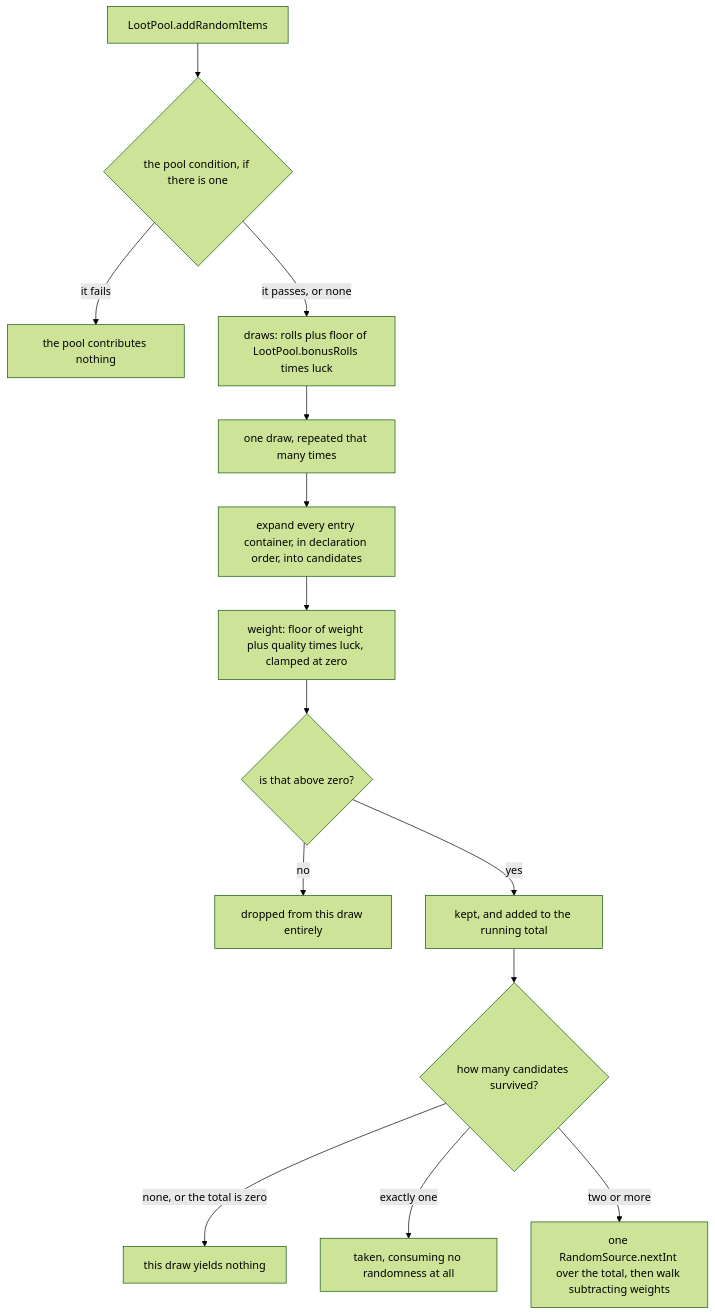
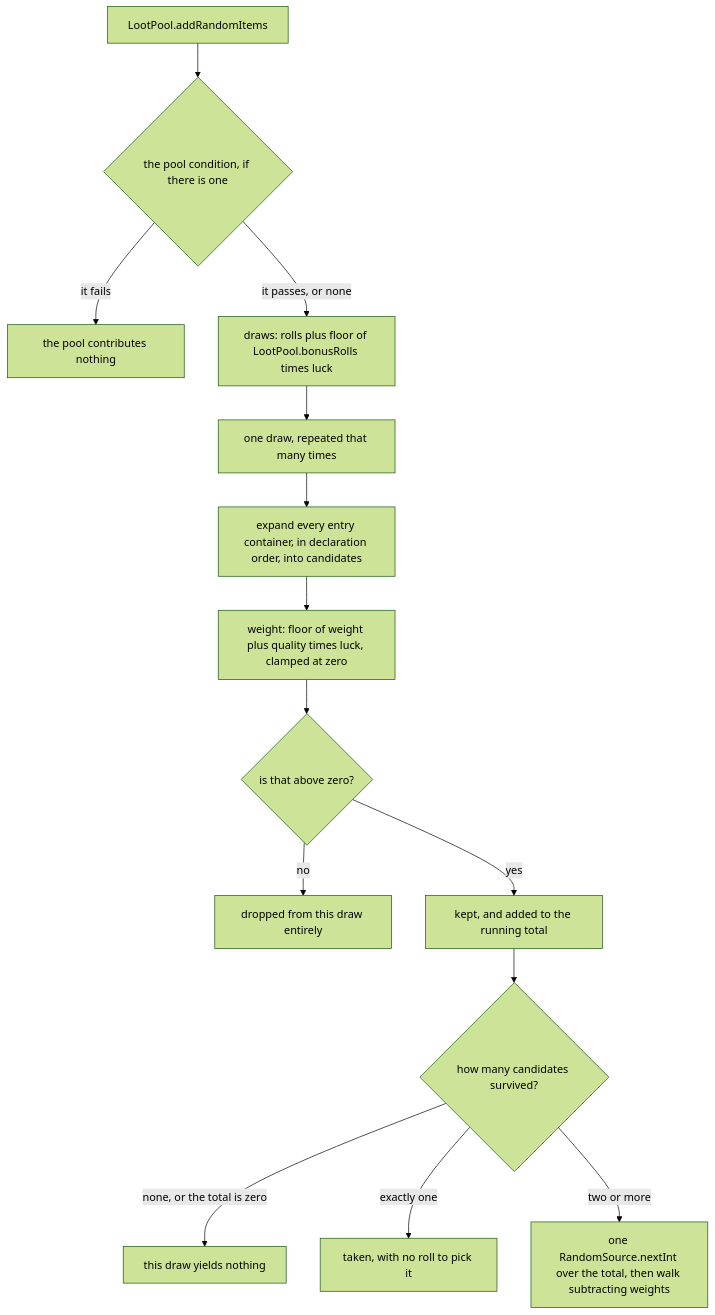
The second of 2 diagrams in src/systems/items/loot-tables.md (AlexanderjFraser/MinecraftDocs), drawn with Mermaid (forest theme) before and after one commit. The commit also changed other lines of this file and 17 other files, not shown here.

````diff
--- a/src/systems/items/loot-tables.md
+++ b/src/systems/items/loot-tables.md
@@ -195,16 +194,16 @@
 ```mermaid
 flowchart TD
     A["LootPool.addRandomItems"] --> B{"the pool condition, if there is one"}
     B -->|"it fails"| Z["the pool contributes nothing"]
     B -->|"it passes, or none"| C["draws: rolls plus floor of LootPool.bonusRolls times luck"]
     C --> D["one draw, repeated that many times"]
     D --> E["expand every entry container, in declaration order, into candidates"]
     E --> K["weight: floor of weight plus quality times luck, clamped at zero"]
     K --> L{"is that above zero?"}
     L -->|"no"| M["dropped from this draw entirely"]
     L -->|"yes"| N["kept, and added to the running total"]
     N --> O{"how many candidates survived?"}
     O -->|"none, or the total is zero"| Z2["this draw yields nothing"]
-    O -->|"exactly one"| P["taken, consuming no randomness at all"]
+    O -->|"exactly one"| P["taken, with no roll to pick it"]
     O -->|"two or more"| Q["one RandomSource.nextInt over the total, then walk subtracting weights"]
 ```
````
